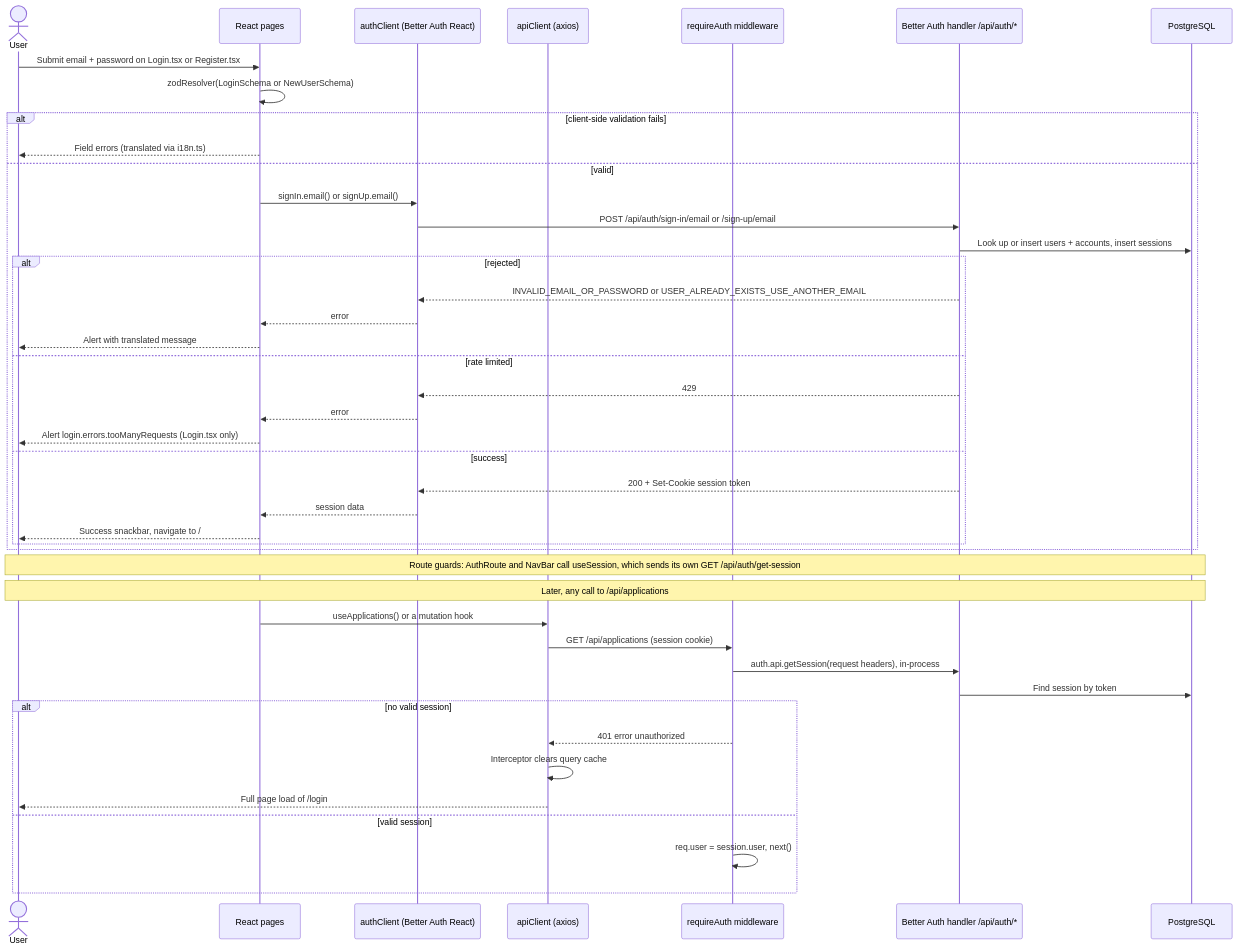
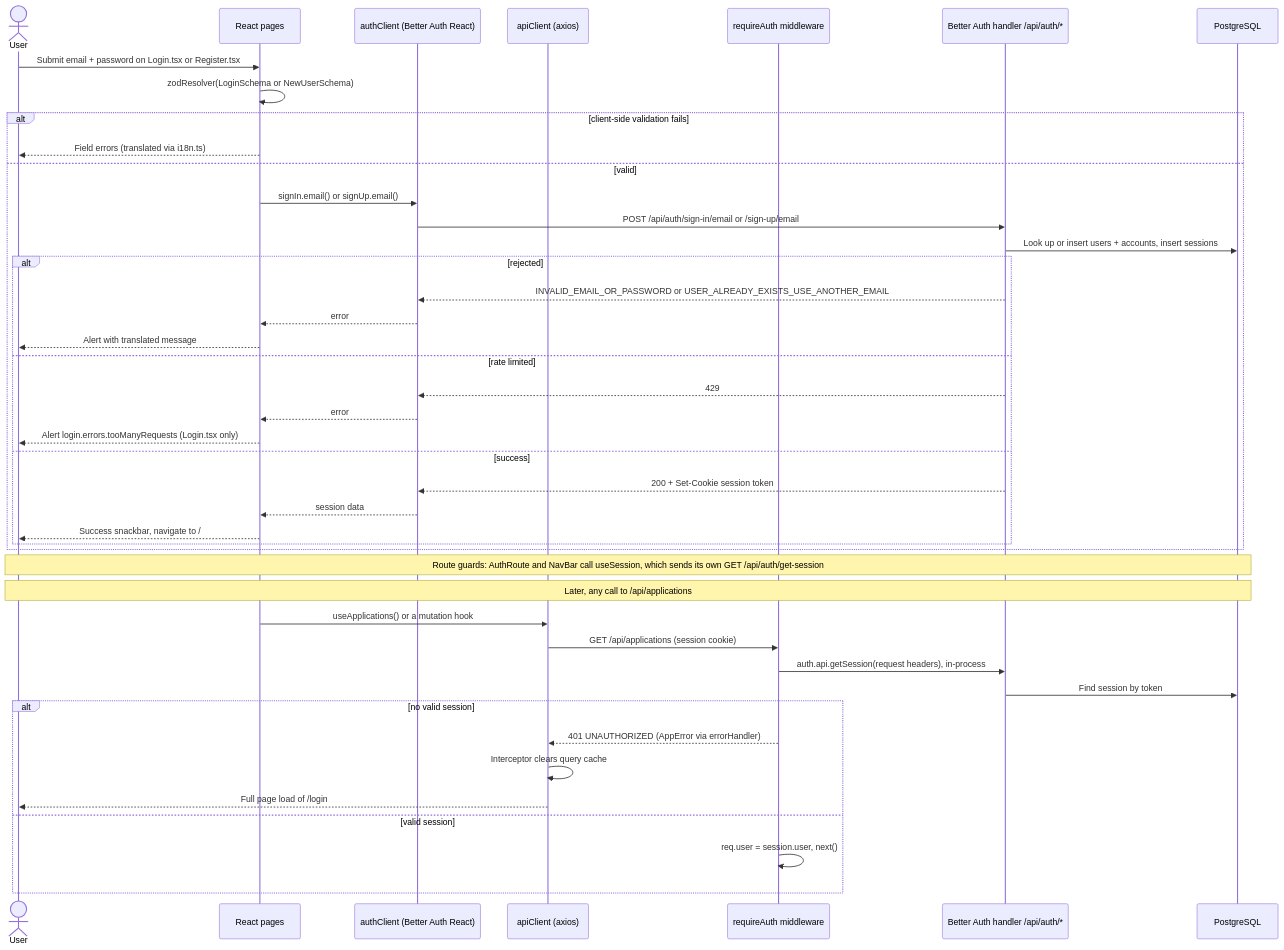
One commit to jipeso/duunit changed the third of 4 diagrams in docs/architecture.md. Above: the diagram before and after it, drawn with Mermaid. The commit also changed other lines of this file and 16 other files, not shown here.

````diff
--- a/docs/architecture.md
+++ b/docs/architecture.md
@@ -112,48 +112,48 @@
 ```mermaid
 sequenceDiagram
     actor U as User
     participant FE as React pages
     participant AC as authClient (Better Auth React)
     participant API as apiClient (axios)
     participant MW as requireAuth middleware
     participant BA as Better Auth handler /api/auth/*
     participant DB as PostgreSQL
 
     U->>FE: Submit email + password on Login.tsx or Register.tsx
     FE->>FE: zodResolver(LoginSchema or NewUserSchema)
     alt client-side validation fails
         FE-->>U: Field errors (translated via i18n.ts)
     else valid
         FE->>AC: signIn.email() or signUp.email()
         AC->>BA: POST /api/auth/sign-in/email or /sign-up/email
         BA->>DB: Look up or insert users + accounts, insert sessions
         alt rejected
             BA-->>AC: INVALID_EMAIL_OR_PASSWORD or USER_ALREADY_EXISTS_USE_ANOTHER_EMAIL
             AC-->>FE: error
             FE-->>U: Alert with translated message
         else rate limited
             BA-->>AC: 429
             AC-->>FE: error
             FE-->>U: Alert login.errors.tooManyRequests (Login.tsx only)
         else success
             BA-->>AC: 200 + Set-Cookie session token
             AC-->>FE: session data
             FE-->>U: Success snackbar, navigate to /
         end
     end
 
     Note over U,DB: Route guards: AuthRoute and NavBar call useSession, which sends its own GET /api/auth/get-session
 
     Note over U,DB: Later, any call to /api/applications
     FE->>API: useApplications() or a mutation hook
     API->>MW: GET /api/applications (session cookie)
     MW->>BA: auth.api.getSession(request headers), in-process
     BA->>DB: Find session by token
     alt no valid session
-        MW-->>API: 401 error unauthorized
+        MW-->>API: 401 UNAUTHORIZED (AppError via errorHandler)
         API->>API: Interceptor clears query cache
         API-->>U: Full page load of /login
     else valid session
         MW->>MW: req.user = session.user, next()
     end
 ```
````
